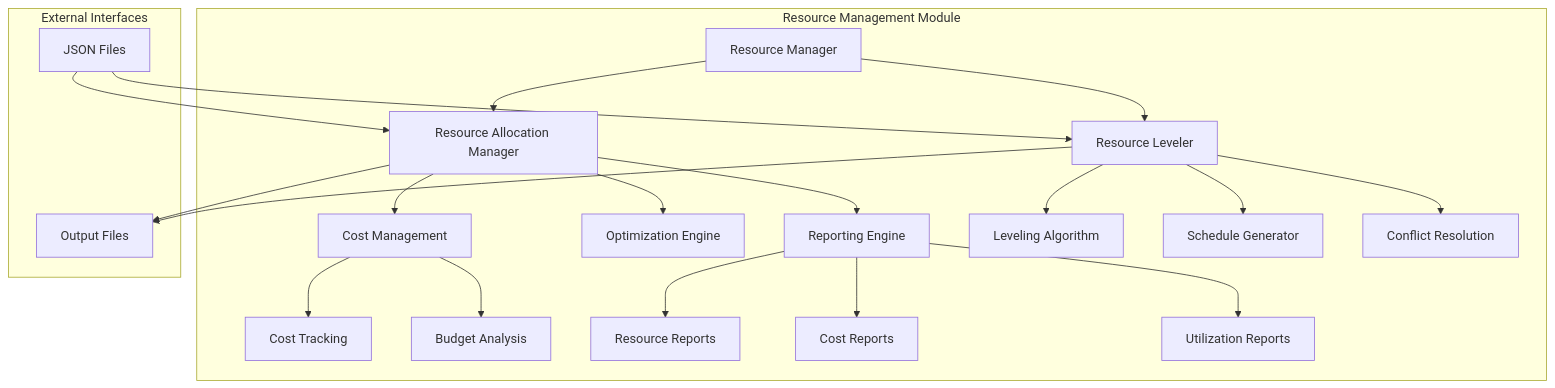
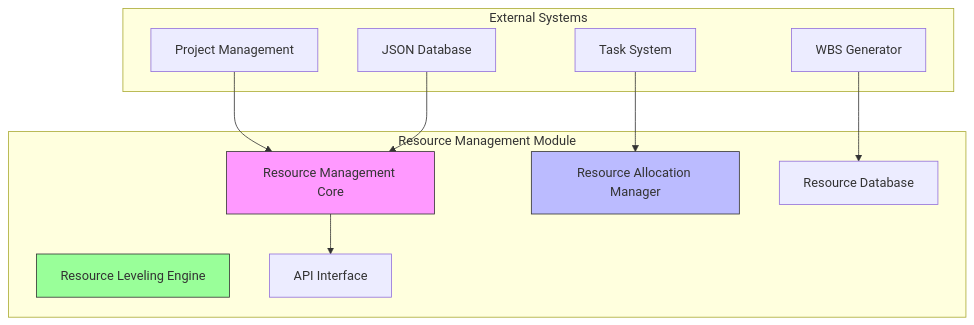
Before and after one commit to Shakour-Data/AutoProjectManagement: the first of 6 diagrams in Docs/autoprojectmanagement/main_modules/resource_management/resource_management_Module.md, drawn with Mermaid. The commit also changed other lines of this file, not shown here.

Commit message:
📝 Update: Update Markdown doc Docs/autoprojectmanagement/main_modules/resource_management/resource_management_Module.md

````diff
--- a/Docs/autoprojectmanagement/main_modules/resource_management/resource_management_Module.md
+++ b/Docs/autoprojectmanagement/main_modules/resource_management/resource_management_Module.md
@@ -11,29 +43,27 @@
 ```mermaid
 graph TB
     subgraph "Resource Management Module"
-        RM[Resource Manager] --> RAM[Resource Allocation Manager]
-        RM --> RL[Resource Leveler]
-        
-        RAM --> RCM[Cost Management]
-        RAM --> ROP[Optimization Engine]
-        RAM --> REP[Reporting Engine]
-        
-        RL --> RLE[Leveling Algorithm]
-        RL --> RSC[Schedule Generator]
-        RL --> RCO[Conflict Resolution]
-        
-        RCM --> RCT[Cost Tracking]
-        RCM --> RBU[Budget Analysis]
-        
-        REP --> RRE[Resource Reports]
-        REP --> RCE[Cost Reports]
-        REP --> RUT[Utilization Reports]
+        RM[Resource Management Core]
+        RAM[Resource Allocation Manager]
+        RL[Resource Leveling Engine]
+        RDB[Resource Database]
+        API[API Interface]
     end
     
-    subgraph "External Interfaces"
-        JSON[JSON Files] --> RAM
-        JSON --> RL
-        RAM --> OUT[Output Files]
-        RL --> OUT
+    subgraph "External Systems"
+        PM[Project Management]
+        TS[Task System]
+        WBS[WBS Generator]
+        JSON[JSON Database]
     end
+    
+    PM --> RM
+    TS --> RAM
+    WBS --> RDB
+    JSON --> RM
+    RM --> API
+    
+    style RM fill:#f9f,stroke:#333
+    style RAM fill:#bbf,stroke:#333
+    style RL fill:#9f9,stroke:#333
 ```
````
